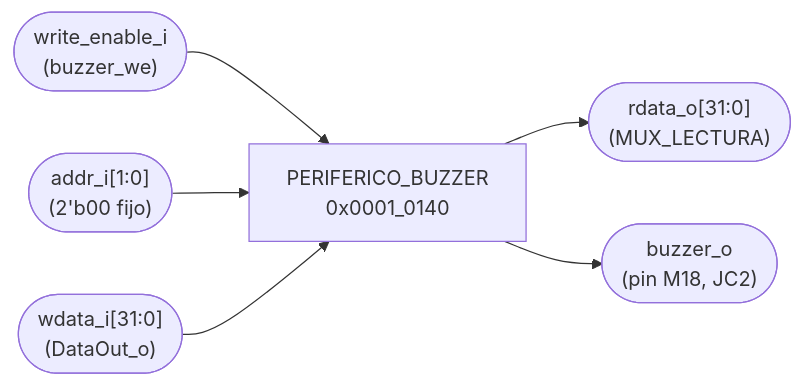
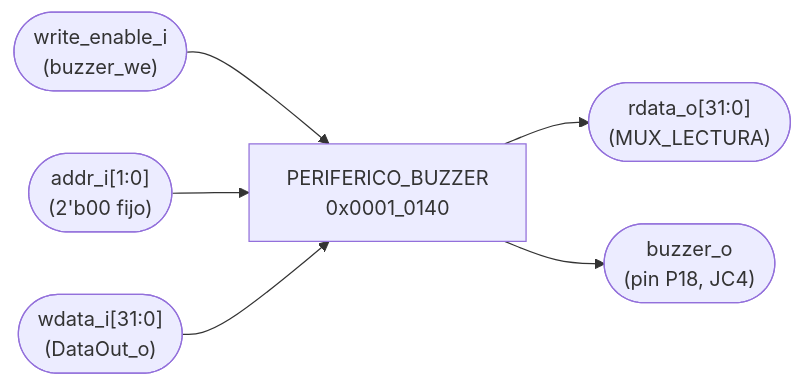
The diagram in docs/diseño/modulos/PERIFERICO_BUZZER.md (Taller-de-diseno-digital-GR01/Proyecto-3-Batalla-Naval), drawn with Mermaid before and after one commit. The commit also changed other lines of this file and 21 other files, not shown here.

````diff
--- a/docs/diseño/modulos/PERIFERICO_BUZZER.md
+++ b/docs/diseño/modulos/PERIFERICO_BUZZER.md
@@ -9,8 +9,8 @@
 ```mermaid
 flowchart LR
     IN_WE(["write_enable_i<br/>(buzzer_we)"]) --> PBUZ["PERIFERICO_BUZZER<br/>0x0001_0140"]
     IN_ADDR(["addr_i[1:0]<br/>(2'b00 fijo)"]) --> PBUZ
     IN_WD(["wdata_i[31:0]<br/>(DataOut_o)"]) --> PBUZ
     PBUZ --> OUT_RD(["rdata_o[31:0]<br/>(MUX_LECTURA)"])
-    PBUZ --> OUT_BUZ(["buzzer_o<br/>(pin M18, JC2)"])
+    PBUZ --> OUT_BUZ(["buzzer_o<br/>(pin P18, JC4)"])
 ```
````
